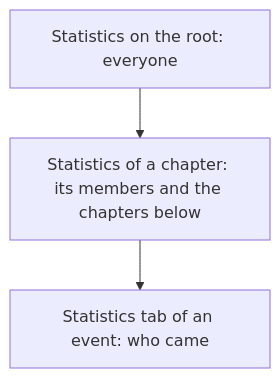
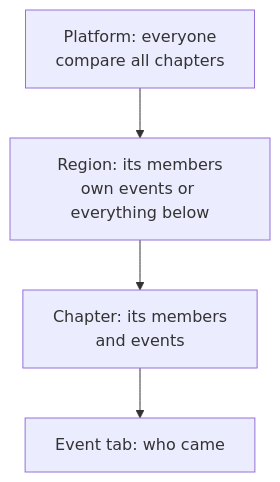
The diagram in src/core/statistics/features/statistics.md (Konkrad/cms), drawn with Mermaid before and after one commit. The commit also changed other lines of this file, not shown here.

Commit message:
Statistics note: levels, open points

````diff
--- a/src/core/statistics/features/statistics.md
+++ b/src/core/statistics/features/statistics.md
@@ -19,5 +19,6 @@
 ```mermaid
 flowchart TD
-    Root["Statistics on the root: everyone"] --> Chapter["Statistics of a chapter: its members and the chapters below"]
-    Chapter --> Event["Statistics tab of an event: who came"]
+    Root["Platform: everyone<br/>compare all chapters"] --> Region["Region: its members<br/>own events or everything below"]
+    Region --> Chapter["Chapter: its members<br/>and events"]
+    Chapter --> Event["Event tab: who came"]
 ```
````
